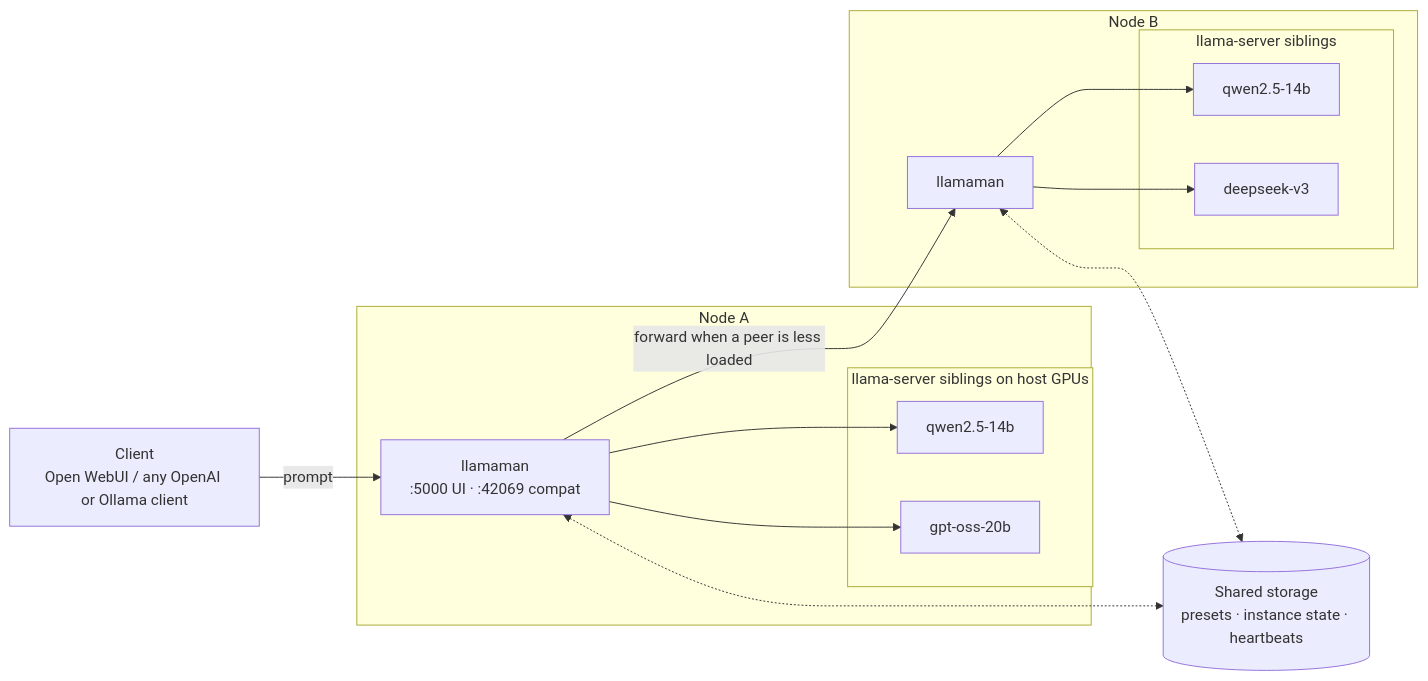
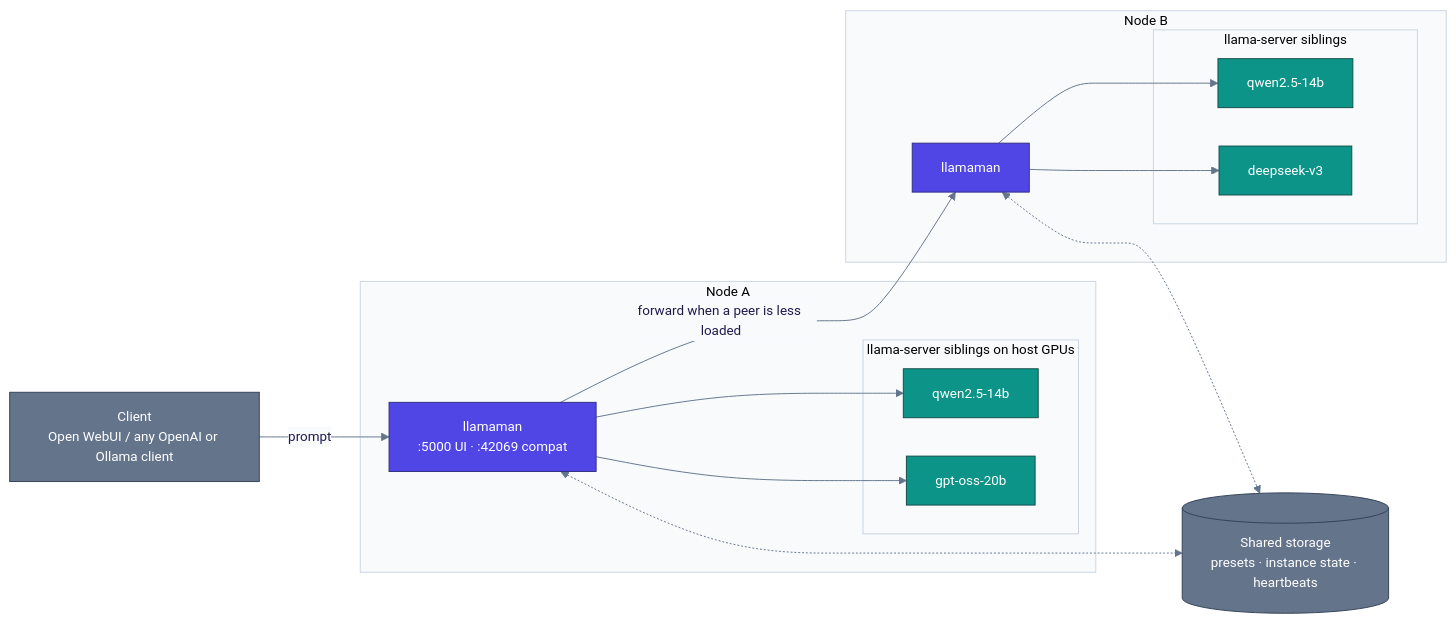
One commit to nullata/llamaMan changed the diagram in README.md. Above: the diagram before and after it, drawn with Mermaid. The commit also changed other lines of this file and 11 other files, not shown here.

````diff
--- a/README.md
+++ b/README.md
@@ -49,31 +102,39 @@
 ```mermaid
+%%{init: {'theme': 'base', 'themeVariables': {'fontFamily': 'ui-sans-serif, system-ui, sans-serif', 'fontSize': '14px', 'primaryColor': '#eef2ff', 'primaryBorderColor': '#6366f1', 'primaryTextColor': '#1e1b4b', 'lineColor': '#64748b', 'clusterBkg': '#f8fafc', 'clusterBorder': '#cbd5e1', 'edgeLabelBackground': '#f8fafc'}, 'flowchart': {'curve': 'basis', 'nodeSpacing': 40, 'rankSpacing': 60}}}%%
 flowchart LR
   client[Client<br/>Open WebUI / any OpenAI or Ollama client]
 
   subgraph nodeA[Node A]
     lmA[llamaman<br/>:5000 UI · :42069 compat]
     subgraph workersA[llama-server siblings on host GPUs]
       wA1[qwen2.5-14b]
       wA2[gpt-oss-20b]
     end
   end
 
   subgraph nodeB[Node B]
     lmB[llamaman]
     subgraph workersB[llama-server siblings]
       wB1[qwen2.5-14b]
       wB2[deepseek-v3]
     end
   end
 
   db[(Shared storage<br/>presets · instance state · heartbeats)]
 
   client -->|prompt| lmA
   lmA -->|forward when a peer is less loaded| lmB
   lmA --> wA1
   lmA --> wA2
   lmB --> wB1
   lmB --> wB2
   lmA <-.-> db
   lmB <-.-> db
+
+  classDef core fill:#4f46e5,stroke:#312e81,color:#fff
+  classDef worker fill:#0d9488,stroke:#134e4a,color:#fff
+  classDef ext fill:#64748b,stroke:#334155,color:#fff
+  class lmA,lmB core
+  class wA1,wA2,wB1,wB2 worker
+  class client,db ext
 ```
````
